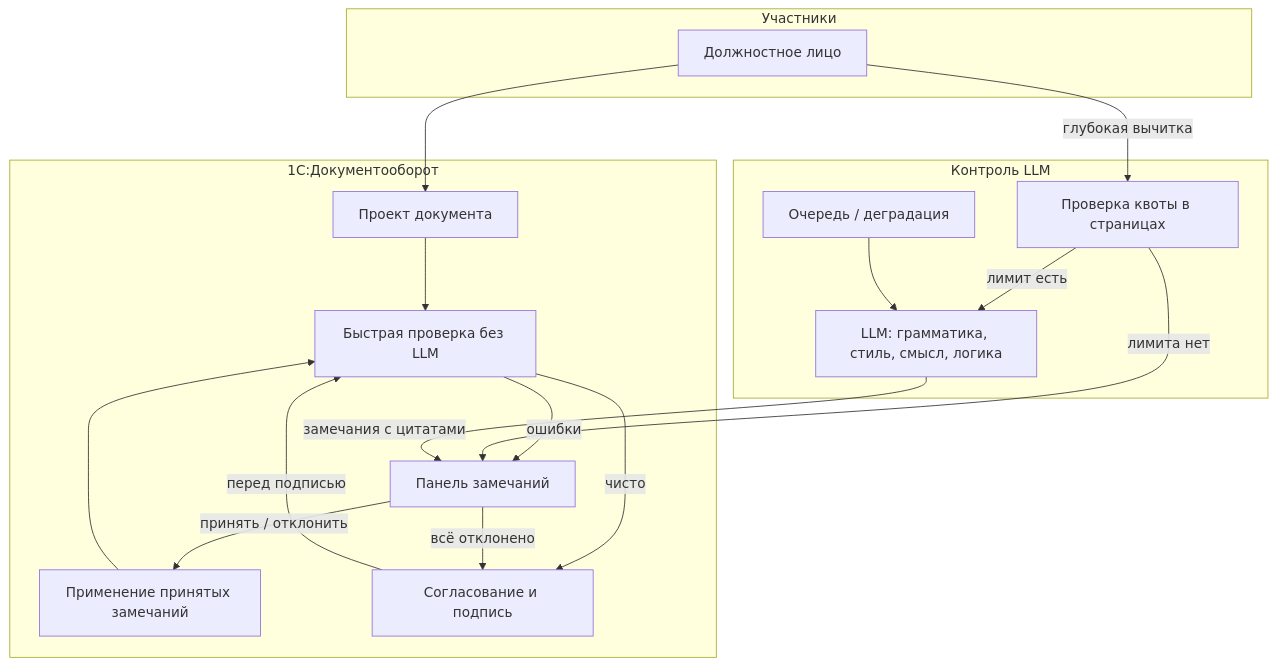
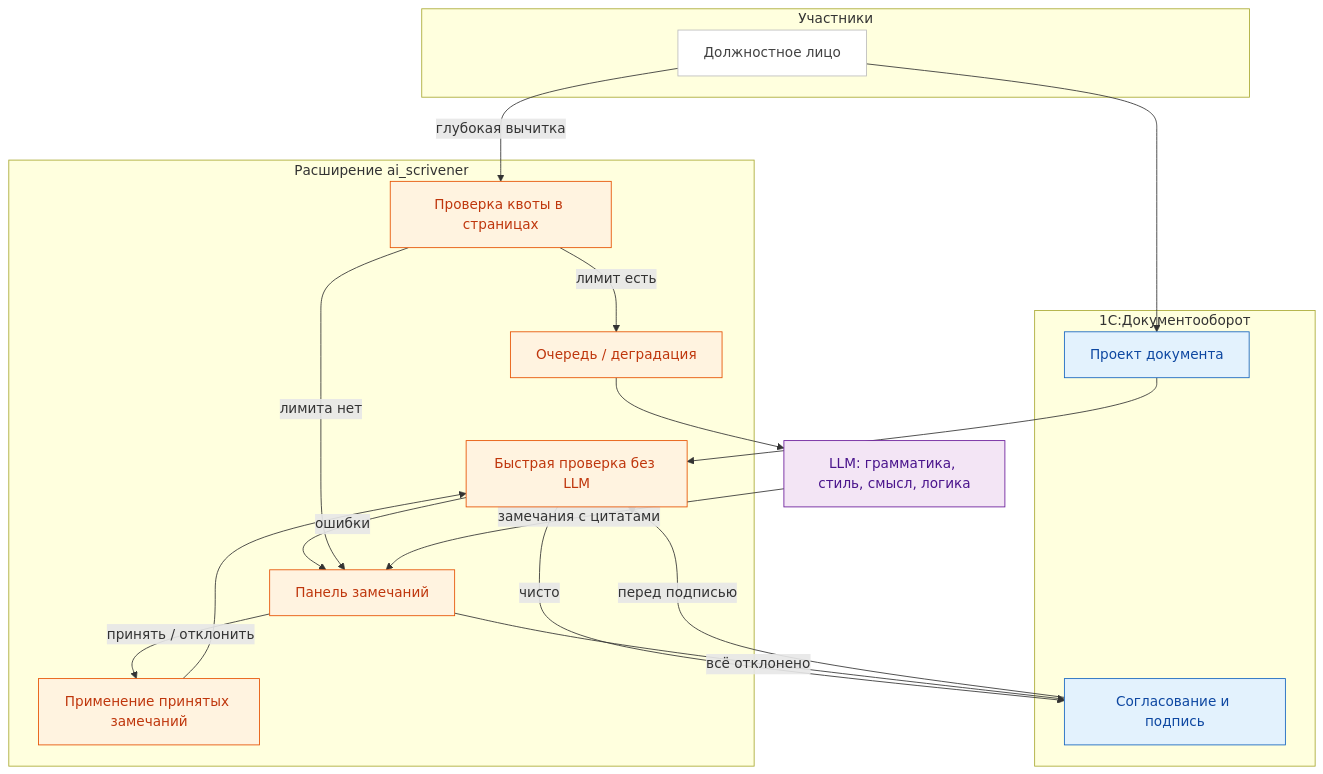
Diagram 16 of 16 in docs/process-diagrams.md (igorvolk1961/ai_scrivener), drawn with Mermaid before and after one commit. The commit also changed other lines of this file and 16 other files, not shown here.

First line of the commit message:
Reorganize docs, add C4 model and color process diagrams

````diff
--- a/docs/process-diagrams.md
+++ b/docs/process-diagrams.md
@@ -503,30 +647,37 @@
 ```mermaid
 flowchart TD
   subgraph P11["Участники"]
     DL2["Должностное лицо"]
   end
   subgraph B11["1С:Документооборот"]
     DOC2["Проект документа"]
+    SIGN2["Согласование и подпись"]
+  end
+  subgraph E11["Расширение ai_scrivener"]
     QUICK["Быстрая проверка без LLM"]
     PANEL["Панель замечаний"]
     APPLY["Применение принятых замечаний"]
-    SIGN2["Согласование и подпись"]
-  end
-  subgraph C11["Контроль LLM"]
     QUOTA["Проверка квоты в страницах"]
     QUEUE["Очередь / деградация"]
-    LLM["LLM: грамматика, стиль, смысл, логика"]
   end
+  LLM["LLM: грамматика, стиль, смысл, логика"]
   DL2 --> DOC2 --> QUICK
   QUICK -->|"ошибки"| PANEL
   QUICK -->|"чисто"| SIGN2
   DL2 -->|"глубокая вычитка"| QUOTA
-  QUOTA -->|"лимит есть"| LLM
+  QUOTA -->|"лимит есть"| QUEUE --> LLM
   QUOTA -->|"лимита нет"| PANEL
   LLM -->|"замечания с цитатами"| PANEL
-  QUEUE --> LLM
   PANEL -->|"принять / отклонить"| APPLY
   APPLY --> QUICK
   PANEL -->|"всё отклонено"| SIGN2
   SIGN2 -->|"перед подписью"| QUICK
+  classDef base fill:#E3F2FD,stroke:#1565C0,color:#0D47A1
+  classDef ext fill:#FFF3E0,stroke:#E65100,color:#BF360C
+  classDef ai fill:#F3E5F5,stroke:#6A1B9A,color:#4A148C
+  classDef actor fill:#FFFFFF,stroke:#BDBDBD,color:#424242
+  class DL2 actor
+  class DOC2,SIGN2 base
+  class QUICK,PANEL,APPLY,QUOTA,QUEUE ext
+  class LLM ai
 ```
````
